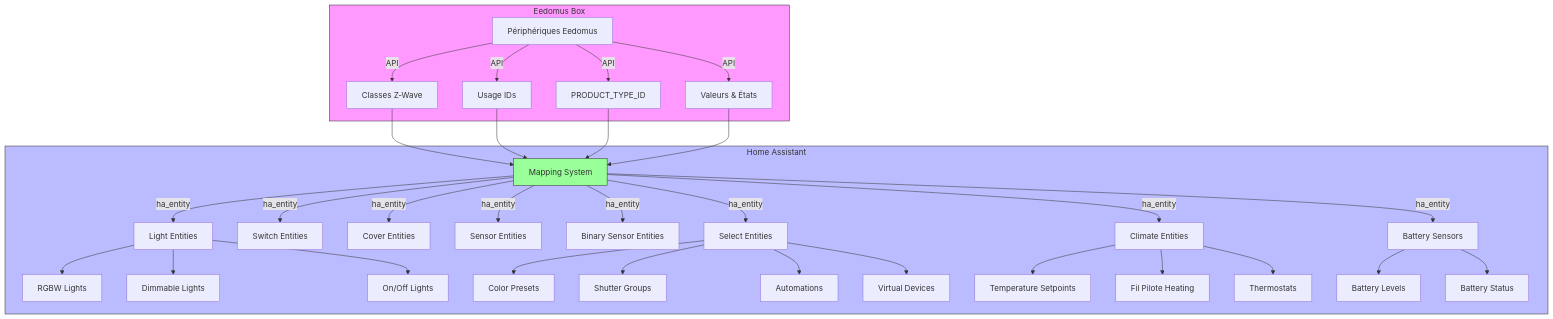
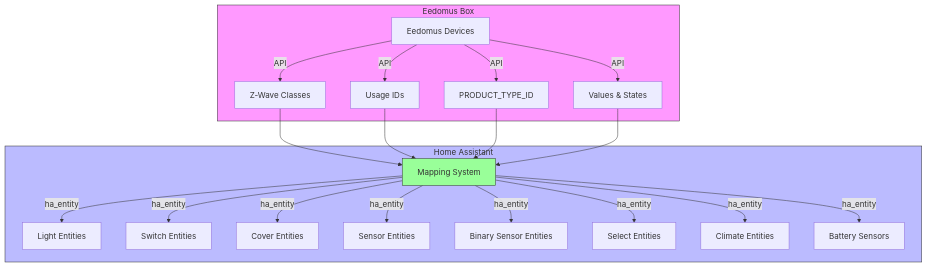
Before and after one commit to Dan4Jer/hass-eedomus: the fifth of 13 diagrams in README.md, drawn with Mermaid. The commit also changed other lines of this file, not shown here.

First line of the commit message:
🐛 Fix all Mermaid diagrams for GitHub compatibility

````diff
--- a/README.md
+++ b/README.md
@@ -480,45 +440,29 @@
 ```mermaid
 flowchart TD
     subgraph Eedomus[Eedomus Box]
-        A[Périphériques Eedomus] -->|API| B[Classes Z-Wave]
+        A[Eedomus Devices] -->|API| B[Z-Wave Classes]
         A -->|API| C[Usage IDs]
         A -->|API| D[PRODUCT_TYPE_ID]
-        A -->|API| E[Valeurs & États]
+        A -->|API| E[Values & States]
     end
     
     subgraph HA[Home Assistant]
         B --> F[Mapping System]
         C --> F
         D --> F
         E --> F
         
         F -->|ha_entity| G[Light Entities]
         F -->|ha_entity| H[Switch Entities]
         F -->|ha_entity| I[Cover Entities]
         F -->|ha_entity| J[Sensor Entities]
         F -->|ha_entity| K[Binary Sensor Entities]
         F -->|ha_entity| L[Select Entities]
         F -->|ha_entity| M[Climate Entities]
         F -->|ha_entity| N[Battery Sensors]
-        
-        G --> O[RGBW Lights]
-        G --> P[Dimmable Lights]
-        G --> Q[On/Off Lights]
-        
-        L --> R[Color Presets]
-        L --> S[Shutter Groups]
-        L --> T[Automations]
-        L --> U[Virtual Devices]
-        
-        M --> V[Temperature Setpoints]
-        M --> W[Fil Pilote Heating]
-        M --> X[Thermostats]
-        
-        N --> Y[Battery Levels]
-        N --> Z[Battery Status]
     end
     
     style Eedomus fill:#f9f,stroke:#333
     style HA fill:#bbf,stroke:#333
     style F fill:#9f9,stroke:#333
 ```
````
